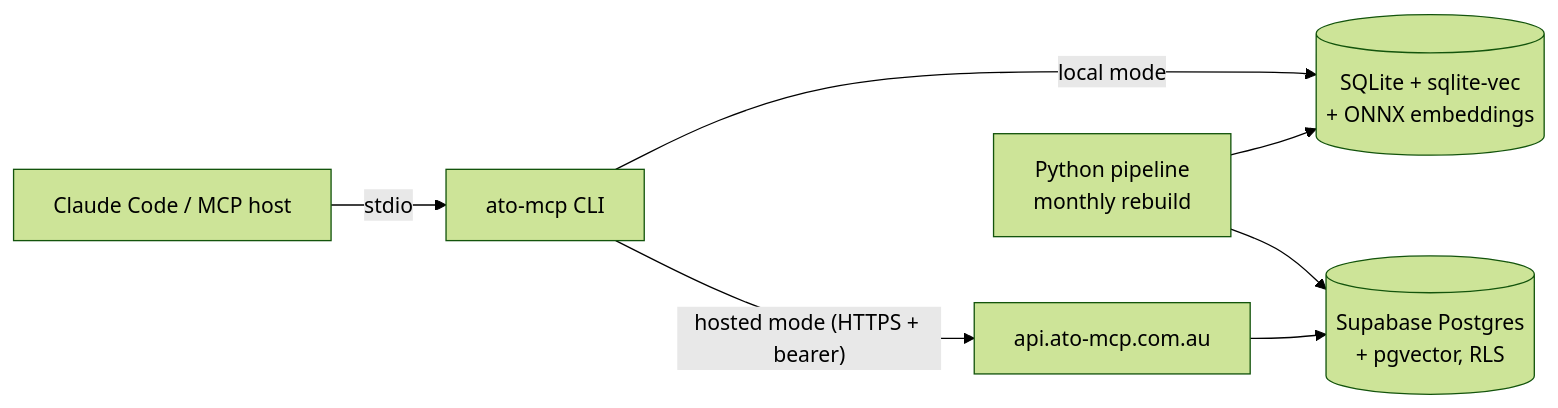
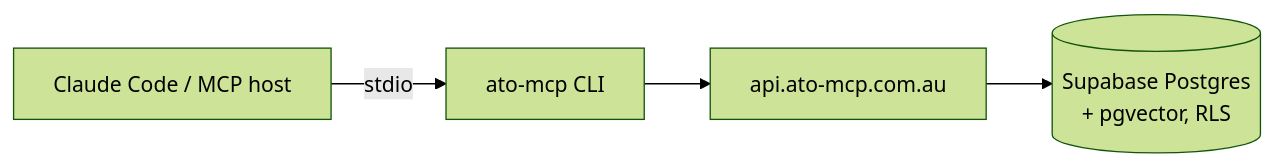
One commit to william-laverty/ato-mcp changed the diagram in README.md. Above: the diagram before and after it, drawn with Mermaid (forest theme). The commit also changed other lines of this file and 2 other files, not shown here.

Commit message:
docs: hosted-only quick start; corpus refresh via private engine repo

````diff
--- a/README.md
+++ b/README.md
@@ -103,9 +73,6 @@
 ```mermaid
 flowchart LR
     A[Claude Code / MCP host] -- stdio --> B[ato-mcp CLI]
-    B -- "local mode" --> C[(SQLite + sqlite-vec\n+ ONNX embeddings)]
-    B -- "hosted mode (HTTPS + bearer)" --> D[api.ato-mcp.com.au]
+    B --> D[api.ato-mcp.com.au]
     D --> E[(Supabase Postgres\n+ pgvector, RLS)]
-    F[Python pipeline\nmonthly rebuild] --> C
-    F --> E
 ```
````
